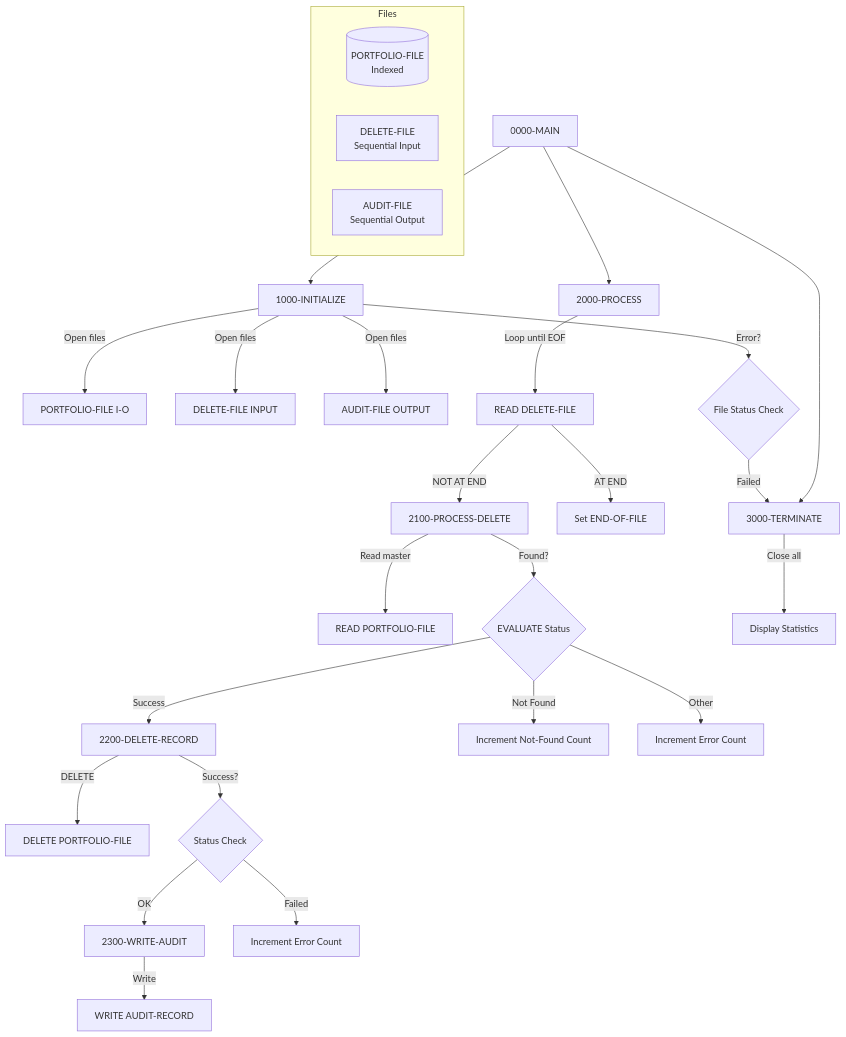
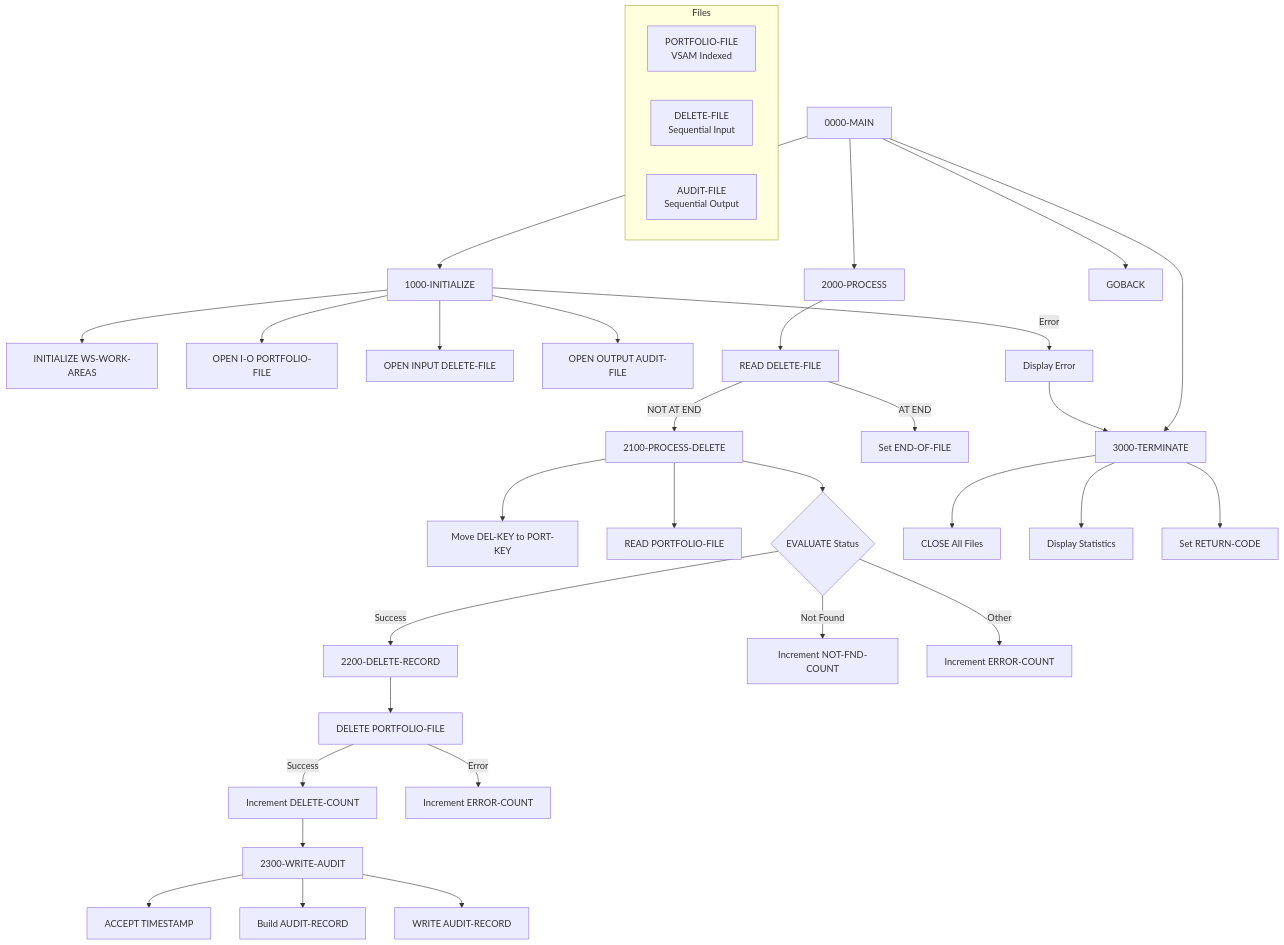
One commit to haladir-com/legacy-benchmark-docs-vb70e1 changed the diagram in docs/programs/PORTDEL.mdx. Above: the diagram before and after it, drawn with Mermaid. The commit also changed other lines of this file and 63 other files, not shown here.

````diff
--- a/docs/programs/PORTDEL.mdx
+++ b/docs/programs/PORTDEL.mdx
@@ -19,37 +21,44 @@
 ```mermaid
 graph TD
     A[0000-MAIN] --> B[1000-INITIALIZE]
     A --> C[2000-PROCESS]
     A --> D[3000-TERMINATE]
+    A --> E[GOBACK]
     
-    B -->|Open files| E[PORTFOLIO-FILE I-O]
-    B -->|Open files| F[DELETE-FILE INPUT]
-    B -->|Open files| G[AUDIT-FILE OUTPUT]
-    B -->|Error?| H{File Status Check}
-    H -->|Failed| D
+    B --> B1[INITIALIZE WS-WORK-AREAS]
+    B --> B2[OPEN I-O PORTFOLIO-FILE]
+    B --> B3[OPEN INPUT DELETE-FILE]
+    B --> B4[OPEN OUTPUT AUDIT-FILE]
+    B -->|Error| B5[Display Error]
+    B5 --> D
     
-    C -->|Loop until EOF| I[READ DELETE-FILE]
-    I -->|AT END| J[Set END-OF-FILE]
-    I -->|NOT AT END| K[2100-PROCESS-DELETE]
+    C --> C1[READ DELETE-FILE]
+    C1 -->|AT END| C2[Set END-OF-FILE]
+    C1 -->|NOT AT END| C3[2100-PROCESS-DELETE]
     
-    K -->|Read master| L[READ PORTFOLIO-FILE]
-    K -->|Found?| M{EVALUATE Status}
-    M -->|Success| N[2200-DELETE-RECORD]
-    M -->|Not Found| O[Increment Not-Found Count]
-    M -->|Other| P[Increment Error Count]
+    C3 --> C4[Move DEL-KEY to PORT-KEY]
+    C3 --> C5[READ PORTFOLIO-FILE]
+    C3 --> C6{EVALUATE Status}
+    C6 -->|Success| C7[2200-DELETE-RECORD]
+    C6 -->|Not Found| C8[Increment NOT-FND-COUNT]
+    C6 -->|Other| C9[Increment ERROR-COUNT]
     
-    N -->|DELETE| Q[DELETE PORTFOLIO-FILE]
-    N -->|Success?| R{Status Check}
-    R -->|OK| S[2300-WRITE-AUDIT]
-    R -->|Failed| T[Increment Error Count]
+    C7 --> C7A[DELETE PORTFOLIO-FILE]
+    C7A -->|Success| C7B[Increment DELETE-COUNT]
+    C7B --> C7C[2300-WRITE-AUDIT]
+    C7A -->|Error| C7D[Increment ERROR-COUNT]
     
-    S -->|Write| U[WRITE AUDIT-RECORD]
+    C7C --> C7E[ACCEPT TIMESTAMP]
+    C7C --> C7F[Build AUDIT-RECORD]
+    C7C --> C7G[WRITE AUDIT-RECORD]
     
-    D -->|Close all| V[Display Statistics]
+    D --> D1[CLOSE All Files]
+    D --> D2[Display Statistics]
+    D --> D3[Set RETURN-CODE]
     
     subgraph "Files"
-        W[(PORTFOLIO-FILE<br/>Indexed)]
-        X[DELETE-FILE<br/>Sequential Input]
-        Y[AUDIT-FILE<br/>Sequential Output]
+        F1[PORTFOLIO-FILE<br/>VSAM Indexed]
+        F2[DELETE-FILE<br/>Sequential Input]
+        F3[AUDIT-FILE<br/>Sequential Output]
     end
 ```
````
